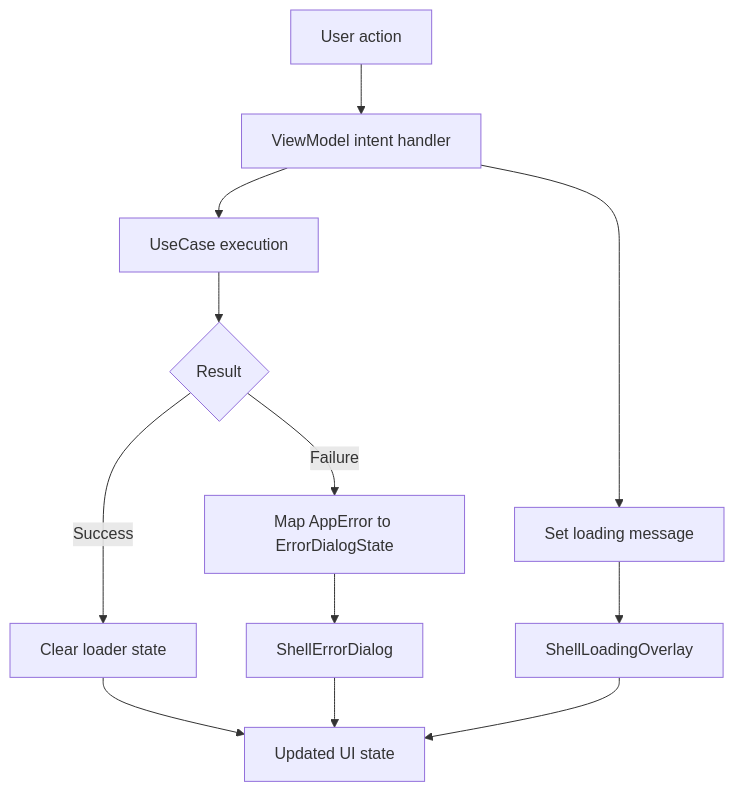
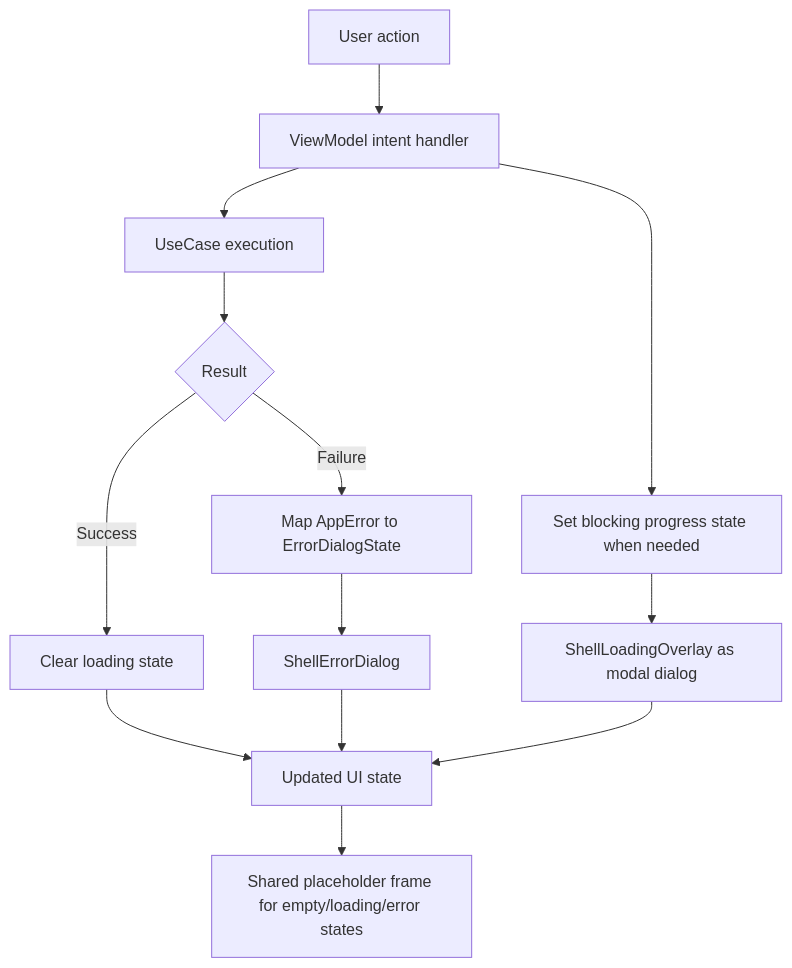
One commit to normansanchezn/ShellAtlas-Doc changed the diagram in obsidian-vault/08-diagrams/User Feedback Flow.md. Above: the diagram before and after it, drawn with Mermaid. The commit also changed 69 other files, not shown here.

````diff
--- a/obsidian-vault/08-diagrams/User Feedback Flow.md
+++ b/obsidian-vault/08-diagrams/User Feedback Flow.md
@@ -15,14 +15,15 @@
 ```mermaid
 flowchart TD
     A["User action"] --> B["ViewModel intent handler"]
     B --> C["UseCase execution"]
     C --> D{"Result"}
-    D -->|Success| E["Clear loader state"]
+    D -->|Success| E["Clear loading state"]
     D -->|Failure| F["Map AppError to ErrorDialogState"]
-    B --> G["Set loading message"]
-    G --> H["ShellLoadingOverlay"]
+    B --> G["Set blocking progress state when needed"]
+    G --> H["ShellLoadingOverlay as modal dialog"]
     F --> I["ShellErrorDialog"]
     E --> J["Updated UI state"]
     H --> J
     I --> J
+    J --> K["Shared placeholder frame for empty/loading/error states"]
 ```
````
